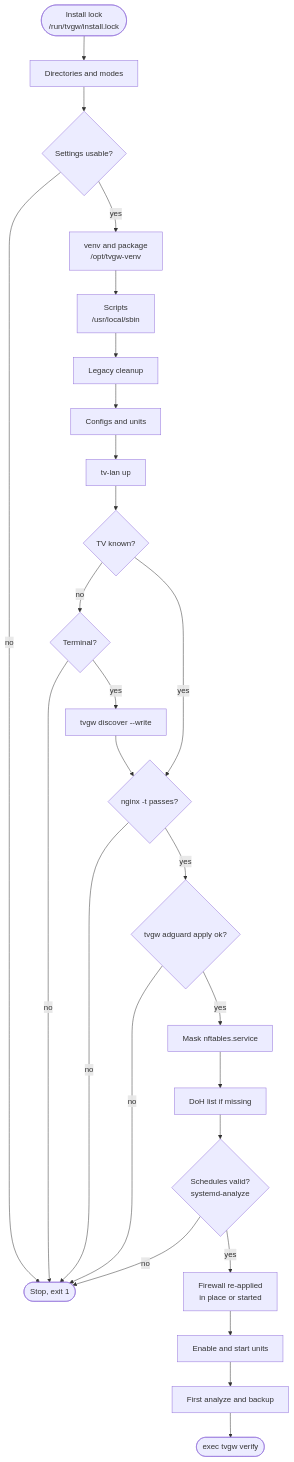
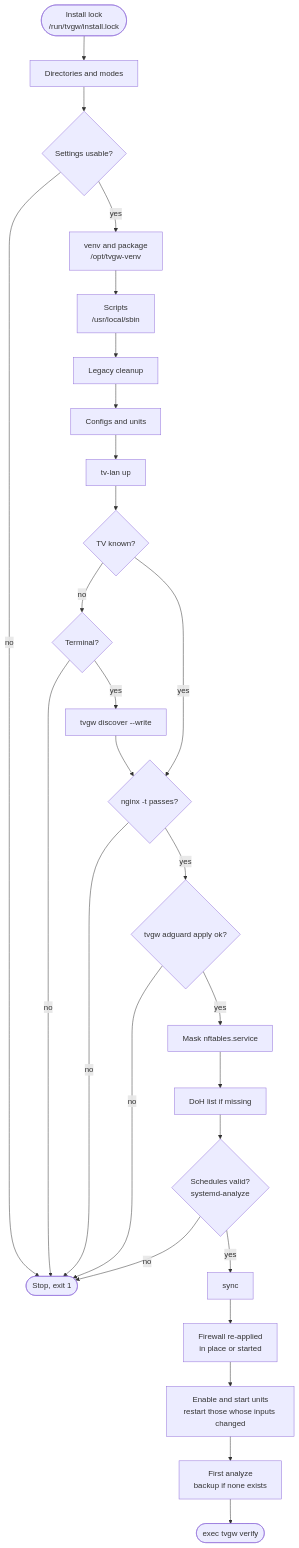
One commit to kywwilson11/tvgw changed the second of 2 diagrams in deploy/README.md. Above: the diagram before and after it, drawn with Mermaid. The commit also changed other lines of this file, not shown here.

````diff
--- a/deploy/README.md
+++ b/deploy/README.md
@@ -105,28 +109,28 @@
 ```mermaid
 flowchart TD
   lock(["Install lock<br/>/run/tvgw/install.lock"]) --> dirs["Directories and modes"]
   dirs --> settings{"Settings usable?"}
   settings -->|no| stopped(["Stop, exit 1"])
   settings -->|yes| venv["venv and package<br/>/opt/tvgw-venv"]
   venv --> scripts["Scripts<br/>/usr/local/sbin"]
   scripts --> legacy["Legacy cleanup"]
   legacy --> configs["Configs and units"]
   configs --> tvlan["tv-lan up"]
   tvlan --> tvKnown{"TV known?"}
   tvKnown -->|no| terminal{"Terminal?"}
   terminal -->|no| stopped
   terminal -->|yes| discover["tvgw discover --write"]
   discover --> nginxCheck{"nginx -t passes?"}
   tvKnown -->|yes| nginxCheck
   nginxCheck -->|no| stopped
   nginxCheck -->|yes| adguard{"tvgw adguard apply ok?"}
   adguard -->|no| stopped
   adguard -->|yes| mask["Mask nftables.service"]
   mask --> doh["DoH list if missing"]
   doh --> timers{"Schedules valid?<br/>systemd-analyze"}
   timers -->|no| stopped
-  timers -->|yes| firewall["Firewall re-applied<br/>in place or started"]
-  firewall --> enable["Enable and start units"]
-  enable --> first["First analyze and backup"]
+  timers -->|yes| syncDisk["sync"] --> firewall["Firewall re-applied<br/>in place or started"]
+  firewall --> enable["Enable and start units<br/>restart those whose inputs changed"]
+  enable --> first["First analyze<br/>backup if none exists"]
   first --> verify(["exec tvgw verify"])
 ```
````
